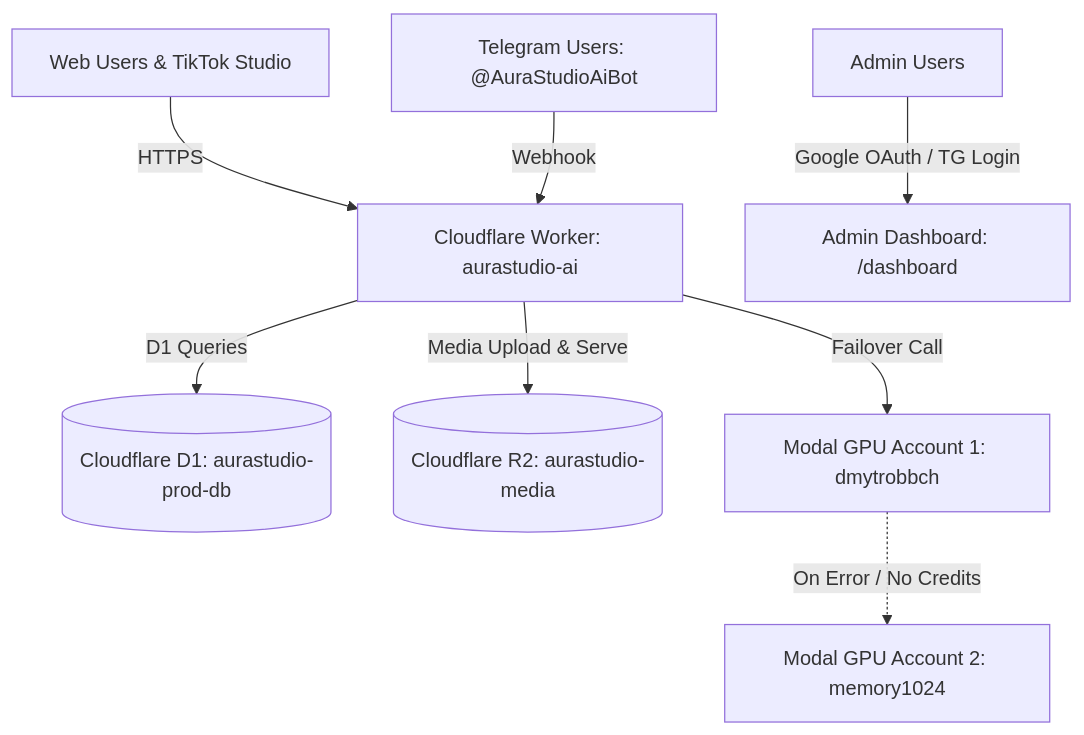
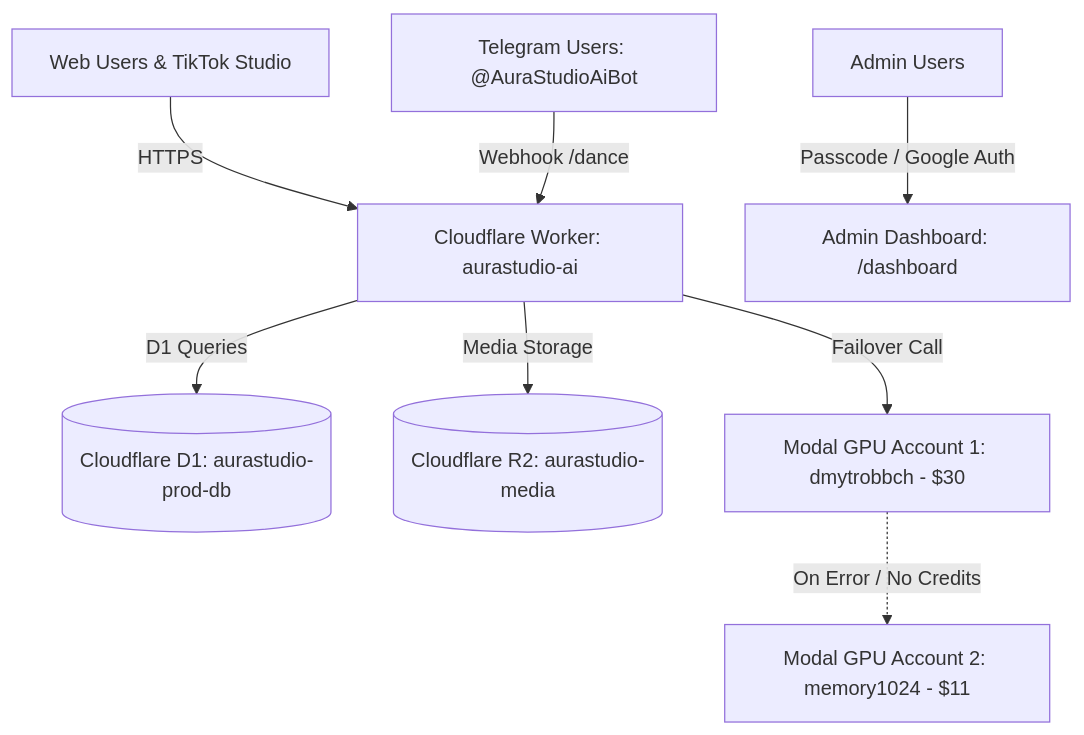
Before and after one commit to Babych/aurastudio-platform: the diagram in .agents/skills/aurastudio-platform-architecture/SKILL.md, drawn with Mermaid. The commit also changed other lines of this file and 1 other file, not shown here.

Commit message:
docs: update README and architecture skill with Telegram Stars, dance engine, and failover runbook

````diff
--- a/.agents/skills/aurastudio-platform-architecture/SKILL.md
+++ b/.agents/skills/aurastudio-platform-architecture/SKILL.md
@@ -19,12 +19,12 @@
 ```mermaid
 flowchart TD
     UserWeb[Web Users & TikTok Studio] -->|HTTPS| CF[Cloudflare Worker: aurastudio-ai]
-    UserTG[Telegram Users: @AuraStudioAiBot] -->|Webhook| CF
-    Admin[Admin Users] -->|Google OAuth / TG Login| Dash[Admin Dashboard: /dashboard]
+    UserTG[Telegram Users: @AuraStudioAiBot] -->|Webhook /dance| CF
+    Admin[Admin Users] -->|Passcode / Google Auth| Dash[Admin Dashboard: /dashboard]
     
     CF -->|D1 Queries| D1[(Cloudflare D1: aurastudio-prod-db)]
-    CF -->|Media Upload & Serve| R2[(Cloudflare R2: aurastudio-media)]
+    CF -->|Media Storage| R2[(Cloudflare R2: aurastudio-media)]
     
-    CF -->|Failover Call| ModalPrimary[Modal GPU Account 1: dmytrobbch]
-    ModalPrimary -.->|On Error / No Credits| ModalSecondary[Modal GPU Account 2: memory1024]
+    CF -->|Failover Call| ModalPrimary[Modal GPU Account 1: dmytrobbch - $30]
+    ModalPrimary -.->|On Error / No Credits| ModalSecondary[Modal GPU Account 2: memory1024 - $11]
 ```
````
